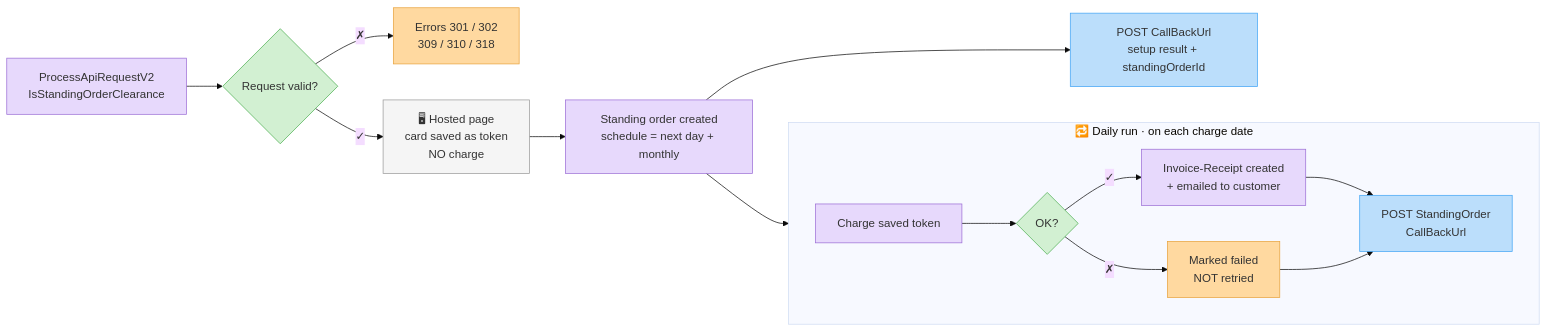
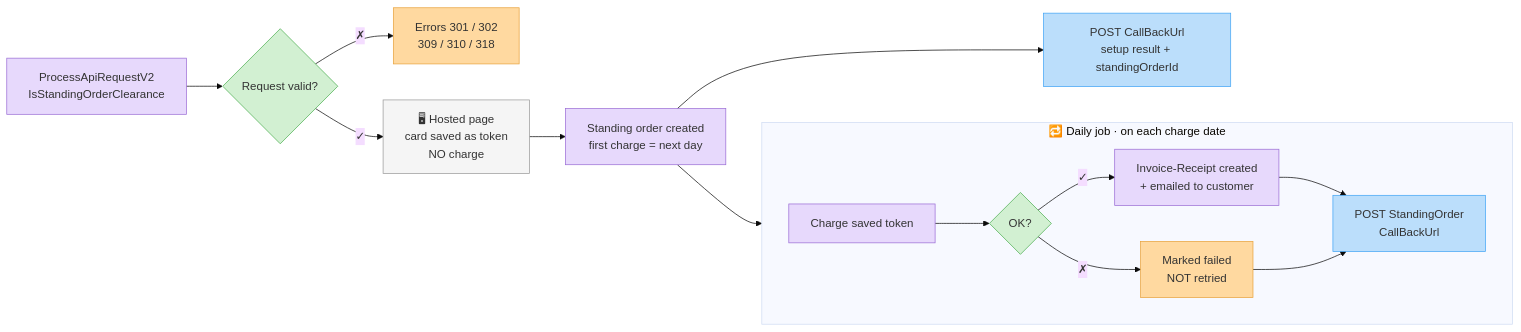
Before and after one commit to invoice4udev-hue/i4u-docs: the diagram in clearing/standing-orders.md, drawn with Mermaid (base theme). The commit also changed other lines of this file and 1 other file, not shown here.

First line of the commit message:
docs(clearing): align Standing Orders page with code and production data

````diff
--- a/clearing/standing-orders.md
+++ b/clearing/standing-orders.md
@@ -11,21 +13,21 @@
 ```mermaid
 flowchart LR
     classDef step fill:#E7D9FC,stroke:#9B6DD6,color:#333
     classDef dec fill:#D2F0D2,stroke:#4CAF50,color:#333
     classDef err fill:#FFD9A0,stroke:#E8A33D,color:#333
     classDef cb fill:#BBDEFB,stroke:#42A5F5,color:#333
     classDef page fill:#F5F5F5,stroke:#999,color:#333
 
     A[ProcessApiRequestV2<br/>IsStandingOrderClearance]:::step --> B{Request valid?}:::dec
     B -- ✗ --> E1[Errors 301 / 302<br/>309 / 310 / 318]:::err
     B -- ✓ --> C[🖥 Hosted page<br/>card saved as token<br/>NO charge]:::page
-    C --> D[Standing order created<br/>schedule = next day + monthly]:::step
+    C --> D[Standing order created<br/>first charge = next day]:::step
     D --> F[POST CallBackUrl<br/>setup result + standingOrderId]:::cb
     D --> L
-    subgraph L[🔁 Daily run · on each charge date]
+    subgraph L[🔁 Daily job · on each charge date]
         direction LR
         M[Charge saved token]:::step --> N{OK?}:::dec
         N -- ✓ --> O[Invoice-Receipt created<br/>+ emailed to customer]:::step --> P[POST StandingOrder<br/>CallBackUrl]:::cb
         N -- ✗ --> Q[Marked failed<br/>NOT retried]:::err --> P
     end
 ```
````
